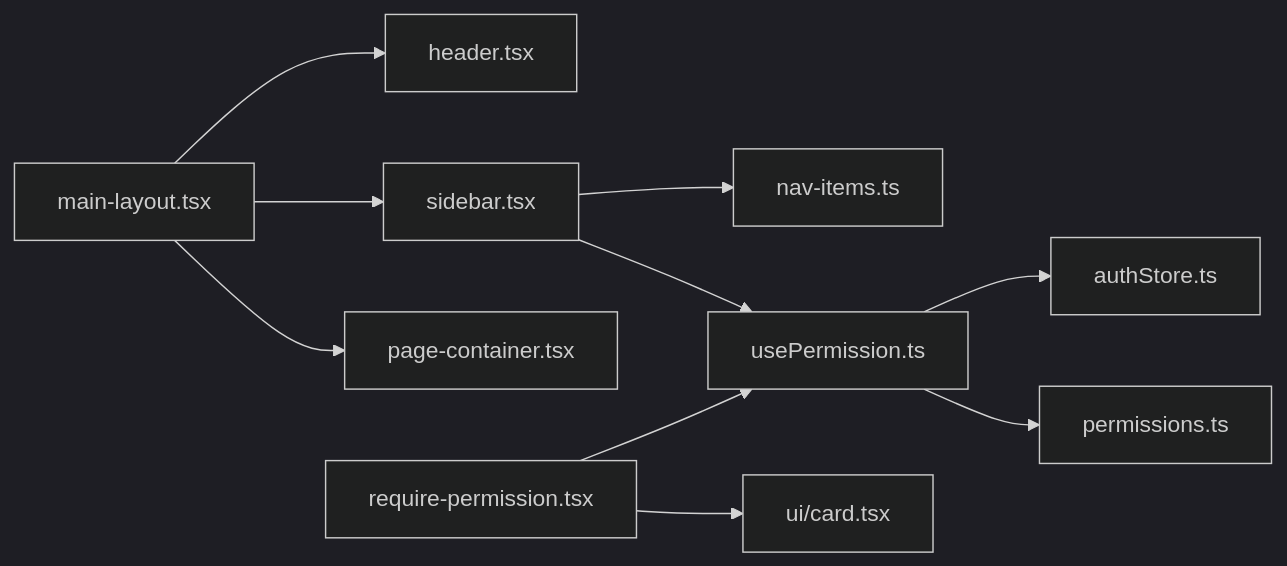
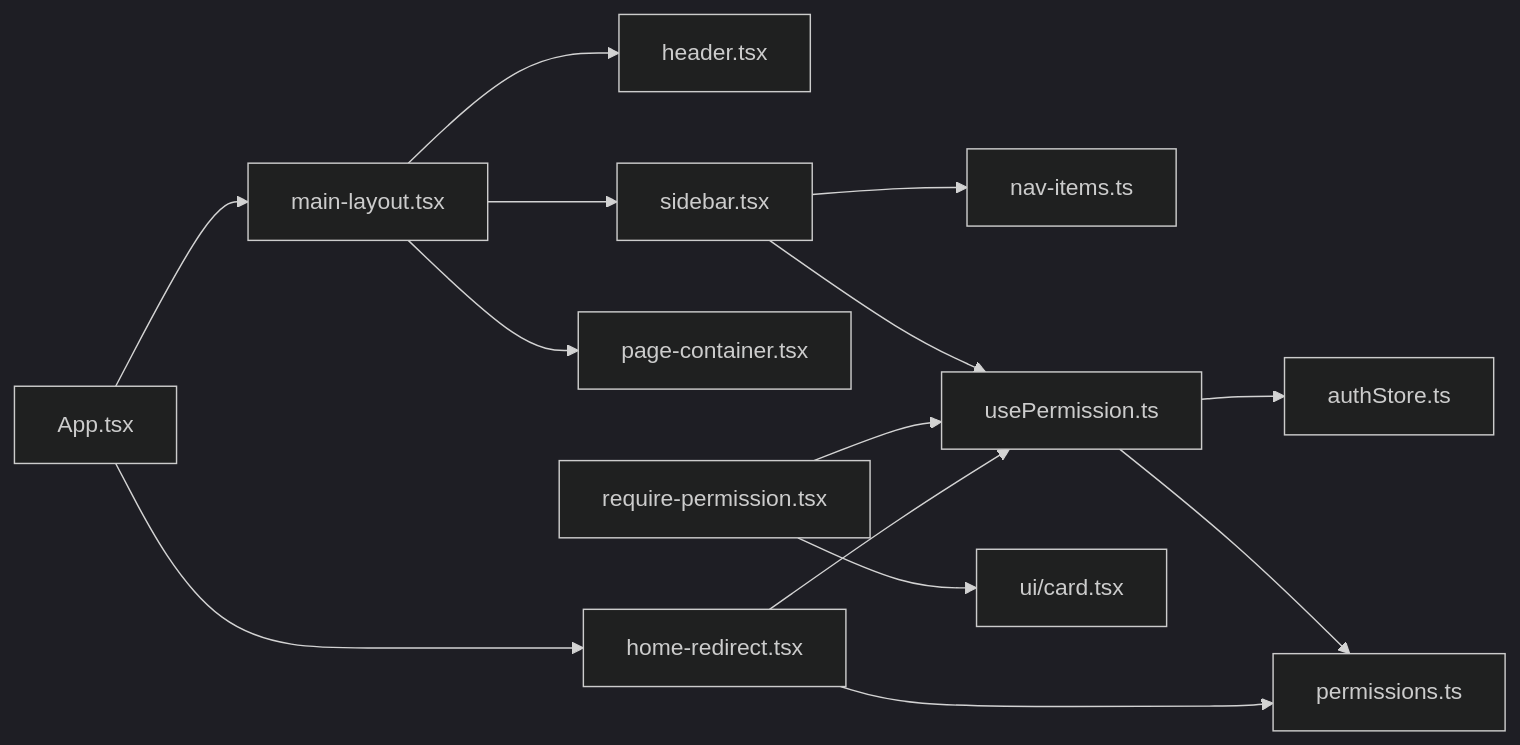
One commit to Damao997/newproject changed the fourth of 4 diagrams in .qoder/repowiki/zh/content/架构设计/组件架构/布局组件/布局组件.md. Above: the diagram before and after it, drawn with Mermaid (dark theme). The commit also changed other lines of this file and 57 other files, not shown here.

````diff
--- a/.qoder/repowiki/zh/content/架构设计/组件架构/布局组件/布局组件.md
+++ b/.qoder/repowiki/zh/content/架构设计/组件架构/布局组件/布局组件.md
@@ -405,12 +453,16 @@
 ```mermaid
 graph LR
 MAIN["main-layout.tsx"] --> HEADER["header.tsx"]
 MAIN --> SIDEBAR["sidebar.tsx"]
 MAIN --> PAGE["page-container.tsx"]
 SIDEBAR --> NAV["nav-items.ts"]
 SIDEBAR --> UP["usePermission.ts"]
 UP --> AUTH["authStore.ts"]
 UP --> PERM["permissions.ts"]
 RP["require-permission.tsx"] --> UP
 RP --> CARD["ui/card.tsx"]
+HR["home-redirect.tsx"] --> UP
+HR --> PERM
+APP["App.tsx"] --> MAIN
+APP --> HR
 ```
````
